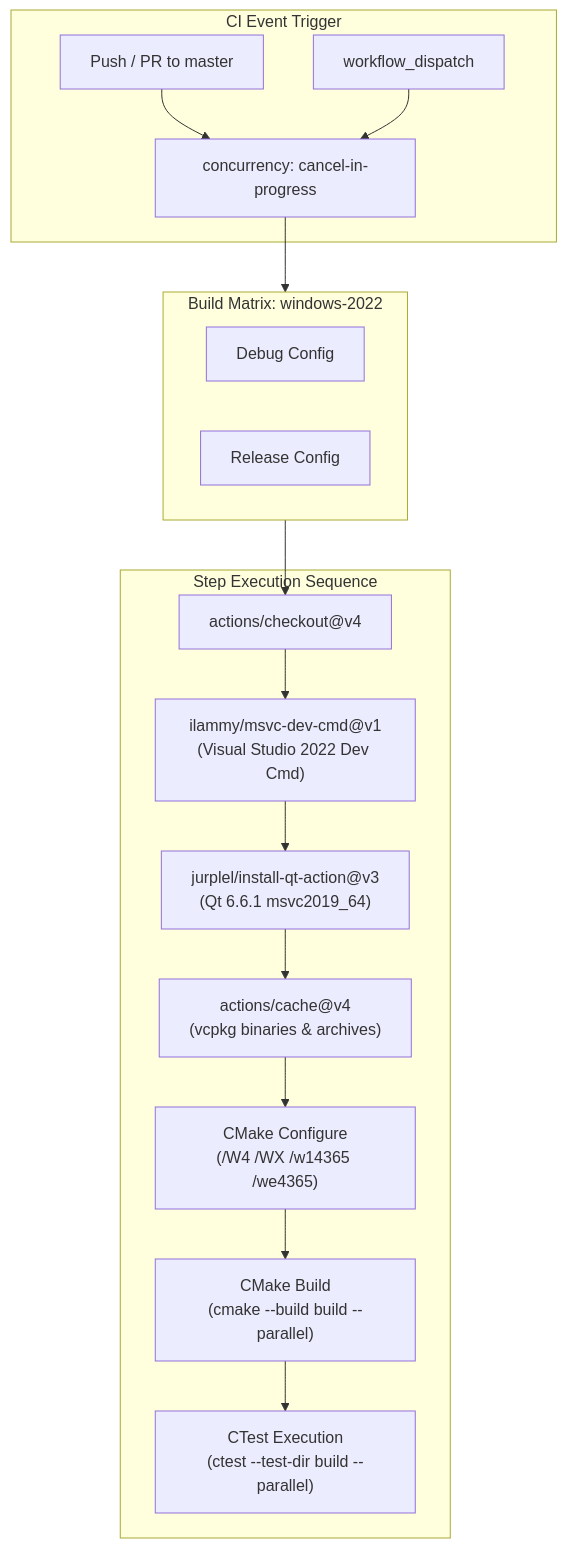
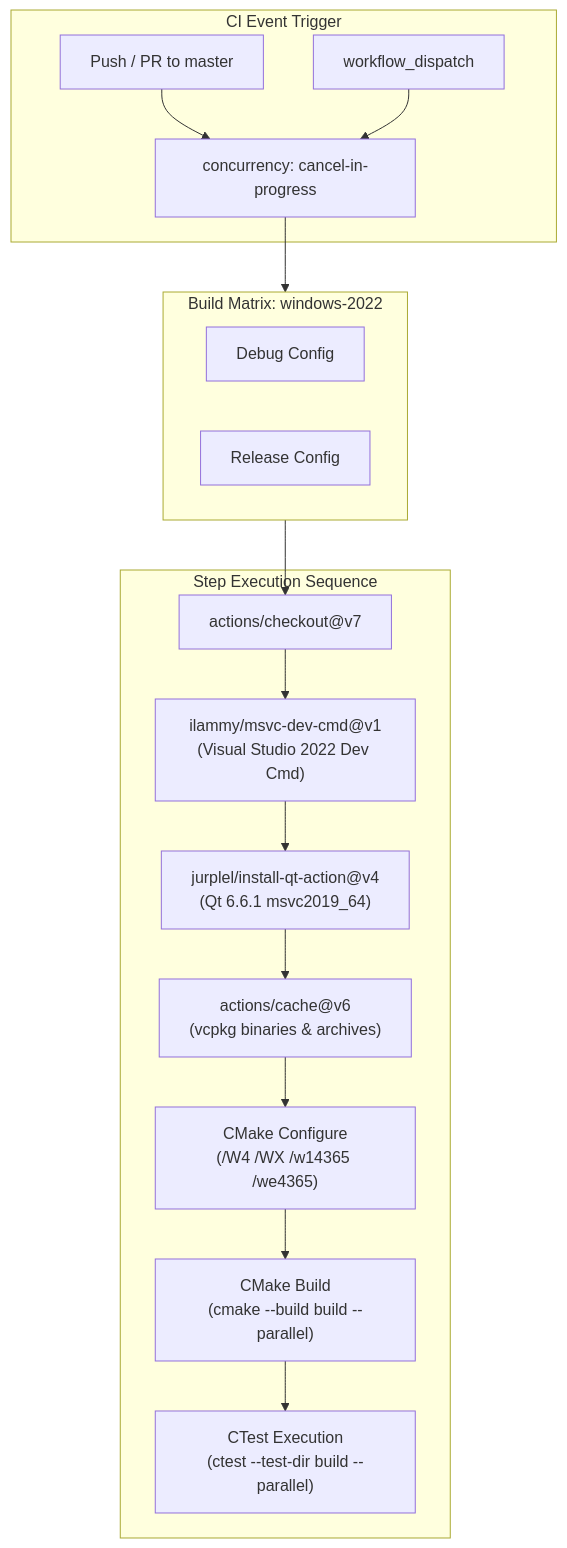
The fourth of 4 diagrams in docs/msvc_c4365_recommendations_plan.md (svagionitis/PelcoD-Controller), drawn with Mermaid before and after one commit. The commit also changed other lines of this file and 3 other files, not shown here.

````diff
--- a/docs/msvc_c4365_recommendations_plan.md
+++ b/docs/msvc_c4365_recommendations_plan.md
@@ -499,28 +499,28 @@
 ```mermaid
 flowchart TD
     subgraph Trigger["CI Event Trigger"]
         T1["Push / PR to master"] --> G1["concurrency: cancel-in-progress"]
         T2["workflow_dispatch"] --> G1
     end
 
     subgraph Matrix["Build Matrix: windows-2022"]
         M1["Debug Config"]
         M2["Release Config"]
     end
 
     G1 --> Matrix
 
     subgraph Pipeline["Step Execution Sequence"]
-        S1["actions/checkout@v4"]
+        S1["actions/checkout@v7"]
         S2["ilammy/msvc-dev-cmd@v1<br/>(Visual Studio 2022 Dev Cmd)"]
-        S4["jurplel/install-qt-action@v3<br/>(Qt 6.6.1 msvc2019_64)"]
-        S5["actions/cache@v4<br/>(vcpkg binaries & archives)"]
+        S4["jurplel/install-qt-action@v4<br/>(Qt 6.6.1 msvc2019_64)"]
+        S5["actions/cache@v6<br/>(vcpkg binaries & archives)"]
         S6["CMake Configure<br/>(/W4 /WX /w14365 /we4365)"]
         S7["CMake Build<br/>(cmake --build build --parallel)"]
         S8["CTest Execution<br/>(ctest --test-dir build --parallel)"]
 
         S1 --> S2 --> S4 --> S5 --> S6 --> S7 --> S8
     end
 
     Matrix --> S1
 ```
````
